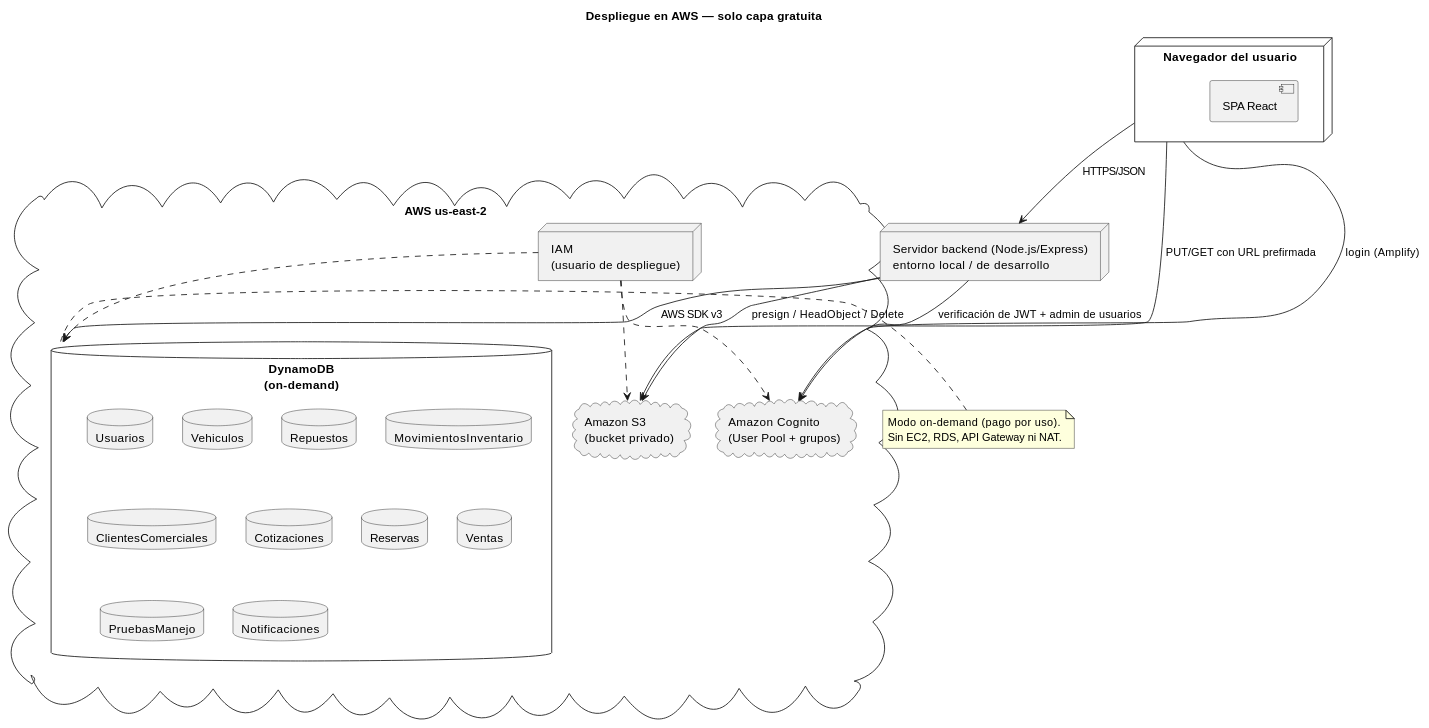
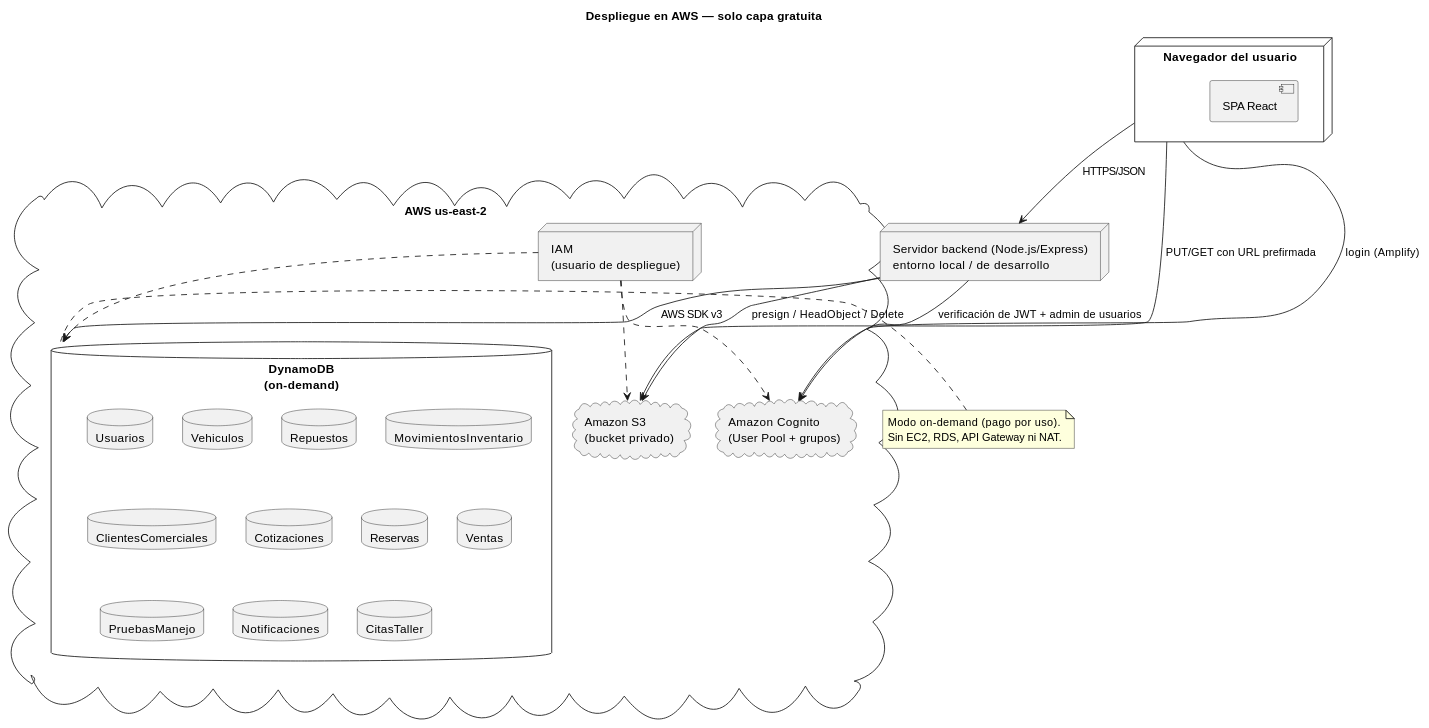
The second of 17 diagrams in documentacion/diagramas.md (dgschahvqvc17/Concesionaria-BMW), drawn with PlantUML before and after one commit. The commit also changed other lines of this file and 35 other files, not shown here.

````diff
--- a/documentacion/diagramas.md
+++ b/documentacion/diagramas.md
@@ -80,45 +81,46 @@
 ```plantuml
 @startuml
 title Despliegue en AWS — solo capa gratuita
 skinparam shadowing false
 
 node "Navegador del usuario" as browser {
   component "SPA React" as spa
 }
 
 node "Servidor backend (Node.js/Express)\nentorno local / de desarrollo" as api
 
 cloud "AWS us-east-2" {
   database "DynamoDB\n(on-demand)" as ddb {
     database "Usuarios" as t1
     database "Vehiculos" as t2
     database "Repuestos" as t3
     database "MovimientosInventario" as t4
     database "ClientesComerciales" as t5
     database "Cotizaciones" as t6
     database "Reservas" as t7
     database "Ventas" as t8
     database "PruebasManejo" as t9
     database "Notificaciones" as t10
+    database "CitasTaller" as t11
   }
   cloud "Amazon S3\n(bucket privado)" as s3
   cloud "Amazon Cognito\n(User Pool + grupos)" as cognito
   node "IAM\n(usuario de despliegue)" as iam
 }
 
 browser --> api : HTTPS/JSON
 browser --> cognito : login (Amplify)
 browser --> s3 : PUT/GET con URL prefirmada
 api --> ddb : AWS SDK v3
 api --> s3 : presign / HeadObject / Delete
 api --> cognito : verificación de JWT + admin de usuarios
 iam ..> ddb
 iam ..> s3
 iam ..> cognito
 
 note right of ddb
   Modo on-demand (pago por uso).
   Sin EC2, RDS, API Gateway ni NAT.
 end note
 @enduml
 ```
````
